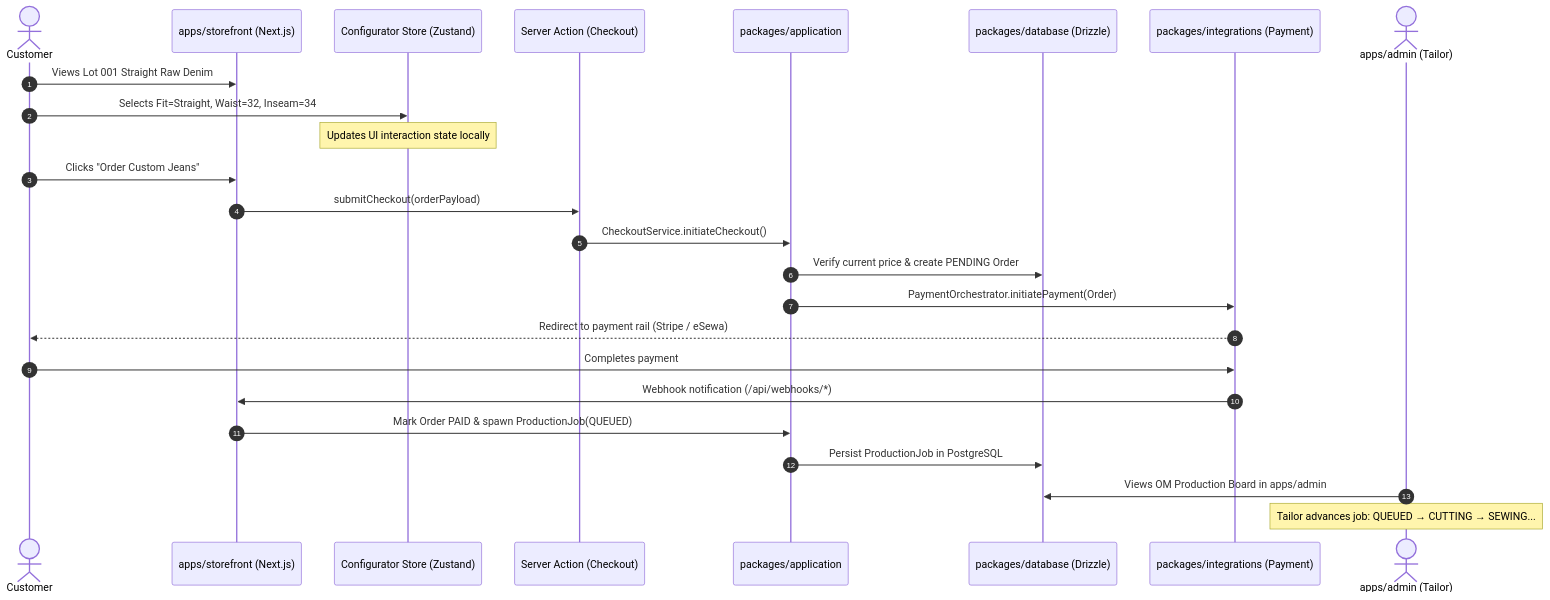
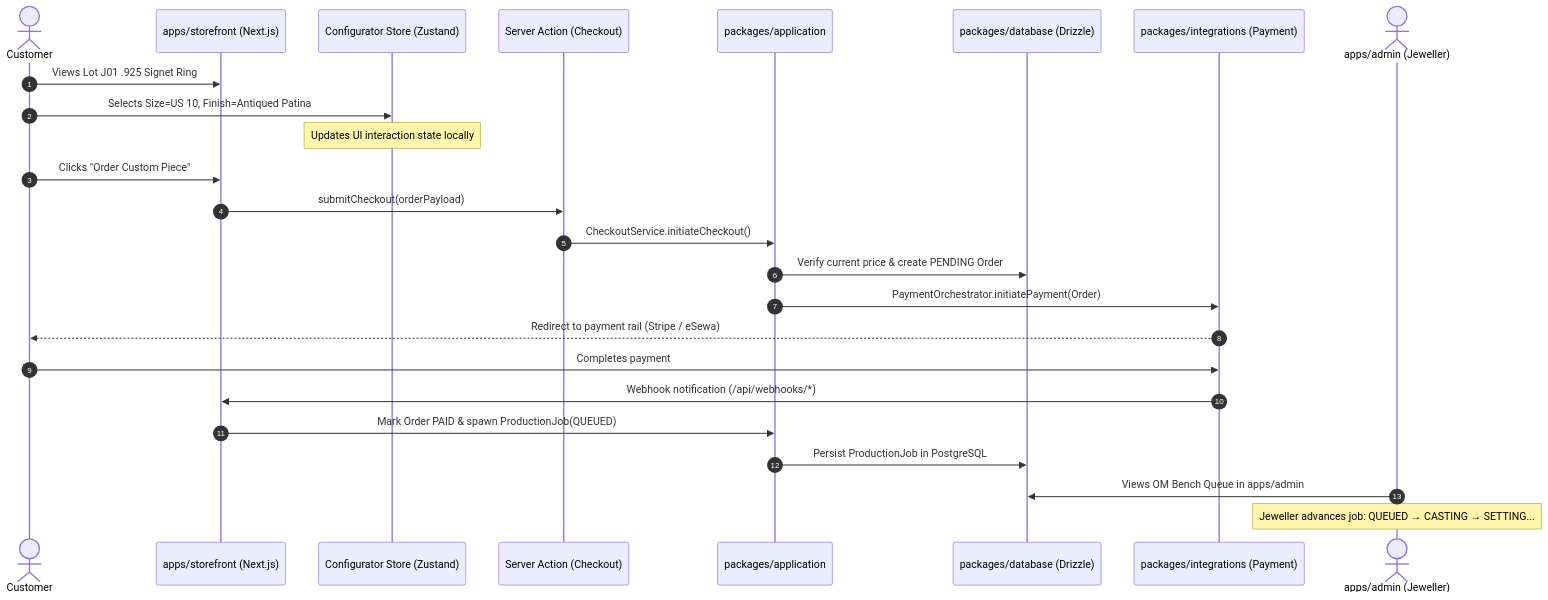
One commit to Sarthak2233/Jeanius changed the diagram in docs/assets/diagrams/src/order-checkout-sequence.mmd. Above: the diagram before and after it, drawn with Mermaid. The commit also changed 145 other files, not shown here.

```diff
--- a/docs/assets/diagrams/src/order-checkout-sequence.mmd
+++ b/docs/assets/diagrams/src/order-checkout-sequence.mmd
@@ -1,26 +1,26 @@
 sequenceDiagram
     autonumber
     actor Customer
     participant Storefront as apps/storefront (Next.js)
     participant Zustand as Configurator Store (Zustand)
     participant ServerAction as Server Action (Checkout)
     participant Application as packages/application
     participant Database as packages/database (Drizzle)
     participant Orchestrator as packages/integrations (Payment)
-    actor Workshop as apps/admin (Tailor)
+    actor Workshop as apps/admin (Jeweller)
 
-    Customer->>Storefront: Views Lot 001 Straight Raw Denim
-    Customer->>Zustand: Selects Fit=Straight, Waist=32, Inseam=34
+    Customer->>Storefront: Views Lot J01 .925 Signet Ring
+    Customer->>Zustand: Selects Size=US 10, Finish=Antiqued Patina
     Note over Zustand: Updates UI interaction state locally
-    Customer->>Storefront: Clicks "Order Custom Jeans"
+    Customer->>Storefront: Clicks "Order Custom Piece"
     Storefront->>ServerAction: submitCheckout(orderPayload)
     ServerAction->>Application: CheckoutService.initiateCheckout()
     Application->>Database: Verify current price & create PENDING Order
     Application->>Orchestrator: PaymentOrchestrator.initiatePayment(Order)
     Orchestrator-->>Customer: Redirect to payment rail (Stripe / eSewa)
     Customer->>Orchestrator: Completes payment
     Orchestrator->>Storefront: Webhook notification (/api/webhooks/*)
     Storefront->>Application: Mark Order PAID & spawn ProductionJob(QUEUED)
     Application->>Database: Persist ProductionJob in PostgreSQL
-    Workshop->>Database: Views OM Production Board in apps/admin
-    Note over Workshop: Tailor advances job: QUEUED → CUTTING → SEWING...
+    Workshop->>Database: Views OM Bench Queue in apps/admin
+    Note over Workshop: Jeweller advances job: QUEUED → CASTING → SETTING...
```
